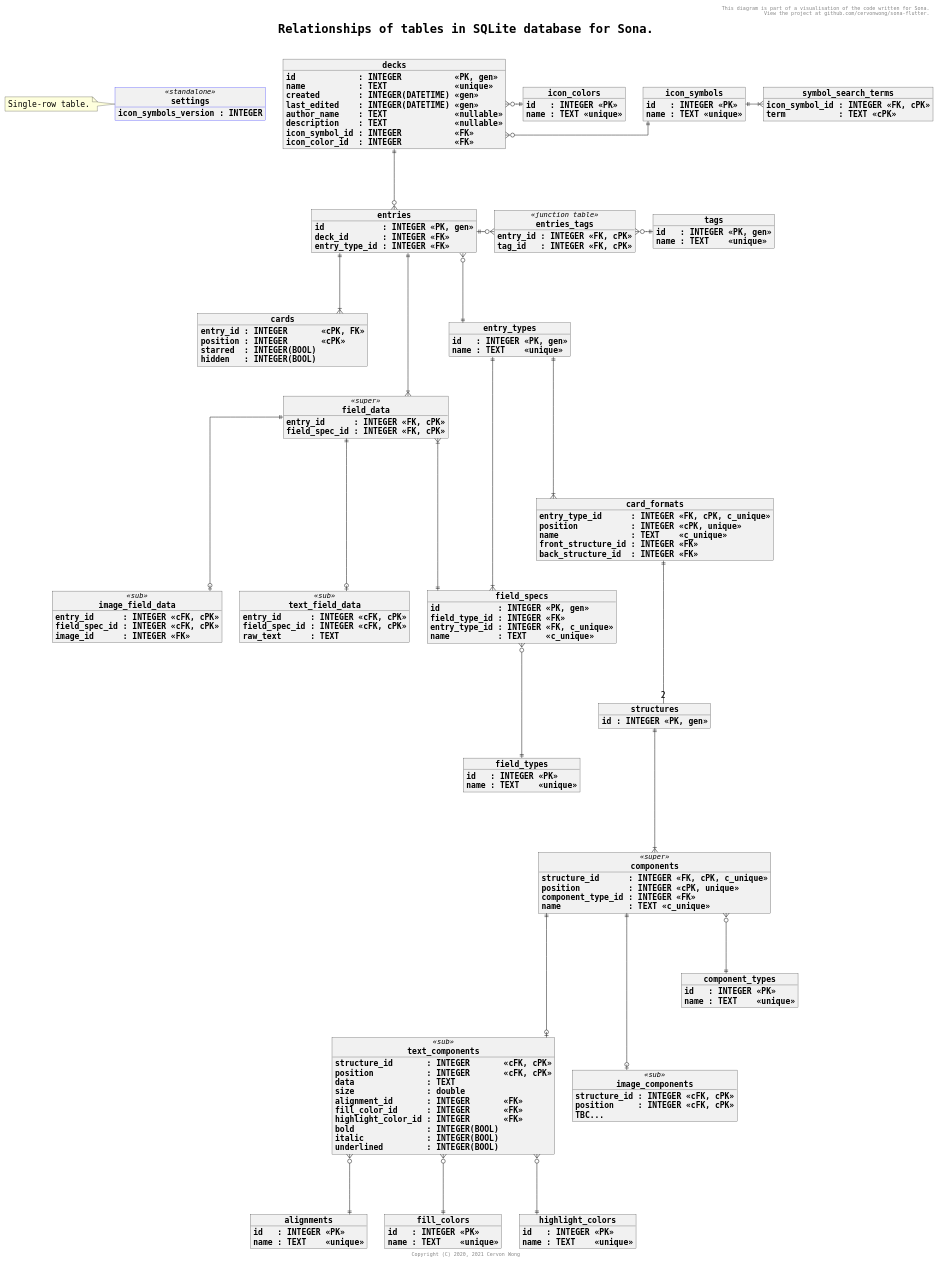
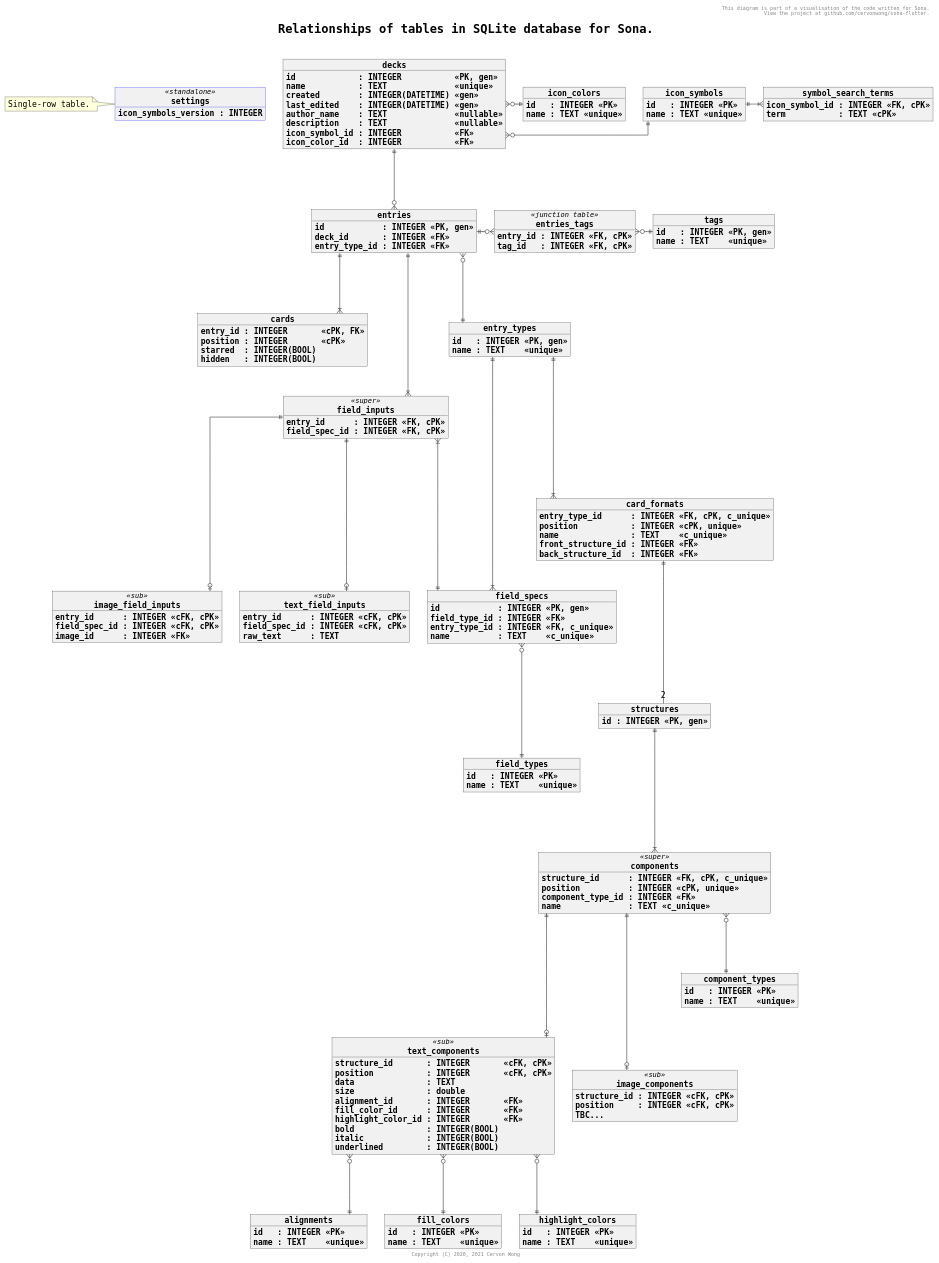
One commit to cervonwong/sona-flutter changed the diagram in docs/puml/material_database.puml. Above: the diagram before and after it, drawn with PlantUML. The commit also changed 1 other file, not shown here.

Commit message:
Docs(puml): Rename all occurrences of `field_data` to `field_inputs`

```diff
--- a/docs/puml/material_database.puml
+++ b/docs/puml/material_database.puml
@@ -1,192 +1,192 @@
 @startuml
 
 skinparam wrapWidth 1000
 skinparam defaultFontName Monospaced
 skinparam defaultFontSize 16
 skinparam objectStereotypeFontSize 14
 skinparam titleFontSize 24
 skinparam titleFontStyle bold
 skinparam objectFontStyle bold
 skinparam objectBorderColor<<standalone>> blue
 skinparam linetype ortho
 skinparam shadowing false
 
 header This diagram is part of a visualisation of the code written for Sona.\n View the project at github.com/cervonwong/sona-flutter.
 title Relationships of tables in SQLite database for Sona.\n
 footer Copyright (C) 2020, 2021 Cervon Wong
 
 object settings <<standalone>> {
     icon_symbols_version : INTEGER
 }
 
 note left of settings
     Single-row table.
 endnote
 
 object decks {
 	id             : INTEGER           <<PK, gen>>
 	name           : TEXT              <<unique>>
 	created        : INTEGER(DATETIME) <<gen>>
 	last_edited    : INTEGER(DATETIME) <<gen>>
 	author_name    : TEXT              <<nullable>>
 	description    : TEXT              <<nullable>>
 	icon_symbol_id : INTEGER           <<FK>>
 	icon_color_id  : INTEGER           <<FK>>
 }
 
 object icon_symbols {
 	id   : INTEGER <<PK>>
 	name : TEXT <<unique>>
 }
 
 object icon_colors {
 	id   : INTEGER <<PK>>
 	name : TEXT <<unique>>
 }
 
 object symbol_search_terms {
 	icon_symbol_id : INTEGER <<FK, cPK>>
 	term           : TEXT <<cPK>>
 }
 
 object entries {
 	id            : INTEGER <<PK, gen>>
 	deck_id       : INTEGER <<FK>>
 	entry_type_id : INTEGER <<FK>>
 }
 
 object cards {
 	entry_id : INTEGER       <<cPK, FK>>
 	position : INTEGER       <<cPK>>
 	starred  : INTEGER(BOOL)
 	hidden   : INTEGER(BOOL)
 }
 
 object tags {
 	id   : INTEGER <<PK, gen>>
 	name : TEXT    <<unique>>
 }
 
 object entries_tags <<junction table>> {
 	entry_id : INTEGER <<FK, cPK>>
 	tag_id   : INTEGER <<FK, cPK>>
 }
 
 object field_specs {
 	id            : INTEGER <<PK, gen>>
 	field_type_id : INTEGER <<FK>>
 	entry_type_id : INTEGER <<FK, c_unique>>
 	name          : TEXT    <<c_unique>>
 }
 
 object field_types {
 	id   : INTEGER <<PK>>
 	name : TEXT    <<unique>>
 }
 
-object field_data <<super>> {
+object field_inputs <<super>> {
 	entry_id      : INTEGER <<FK, cPK>>
     field_spec_id : INTEGER <<FK, cPK>>
     ' Get field_type_id from field_specs table.
 }
 
-object text_field_data <<sub>> {
+object text_field_inputs <<sub>> {
 	entry_id      : INTEGER <<cFK, cPK>>
     field_spec_id : INTEGER <<cFK, cPK>>
 	raw_text      : TEXT
 }
 
-object image_field_data <<sub>> {
+object image_field_inputs <<sub>> {
 	entry_id      : INTEGER <<cFK, cPK>>
     field_spec_id : INTEGER <<cFK, cPK>>
 	image_id      : INTEGER <<FK>>
 }
 
 object entry_types {
 	id   : INTEGER <<PK, gen>>
 	name : TEXT    <<unique>>
 }
 
 object card_formats {
 	entry_type_id      : INTEGER <<FK, cPK, c_unique>>
 	position           : INTEGER <<cPK, unique>>
 	name               : TEXT    <<c_unique>>
 	front_structure_id : INTEGER <<FK>>
 	back_structure_id  : INTEGER <<FK>>
 }
 
 object structures {
 	id : INTEGER <<PK, gen>>
 }
 
 object components <<super>> {
 	structure_id      : INTEGER <<FK, cPK, c_unique>>
 	position          : INTEGER <<cPK, unique>>
 	component_type_id : INTEGER <<FK>>
 	name              : TEXT <<c_unique>>
 }
 
 object text_components <<sub>> {
 	structure_id       : INTEGER       <<cFK, cPK>>
 	position           : INTEGER       <<cFK, cPK>>
 	data               : TEXT
 	size               : double
 	alignment_id       : INTEGER       <<FK>>
 	fill_color_id      : INTEGER       <<FK>>
 	highlight_color_id : INTEGER       <<FK>>
 	bold               : INTEGER(BOOL)
 	italic             : INTEGER(BOOL)
 	underlined         : INTEGER(BOOL)
 }
 
 object alignments {
 	id   : INTEGER <<PK>>
 	name : TEXT    <<unique>>
 }
 
 object fill_colors {
 	id   : INTEGER <<PK>>
 	name : TEXT    <<unique>>
 }
 
 object highlight_colors {
 	id   : INTEGER <<PK>>
 	name : TEXT    <<unique>>
 }
 
 object image_components <<sub>> {
 	structure_id : INTEGER <<cFK, cPK>>
     position     : INTEGER <<cFK, cPK>>
     TBC...
 }
 
 object component_types {
 	id   : INTEGER <<PK>>
 	name : TEXT    <<unique>>
 }
 
 decks             }o-||      icon_symbols
 decks             }o-||      icon_colors
 icon_symbols      ||-|{      symbol_search_terms
 decks             ||---o{    entries
 entries           ||---|{    cards
 entries           ||-o{      entries_tags
 entries_tags      }o-||      tags
 field_specs       }o----||   field_types
-field_data        ||----o|   text_field_data
-field_data        ||----o|   image_field_data
-field_data        }|----||   field_specs
-entries           ||----|{   field_data
+field_inputs      ||----o|   text_field_inputs
+field_inputs      ||----o|   image_field_inputs
+field_inputs      }|----||   field_specs
+entries           ||----|{   field_inputs
 entries           }o---||    entry_types
 entry_types       ||----|{   field_specs
 entry_types       ||----|{   card_formats
 card_formats      ||---- "2" structures
 structures        ||----|{   components
 components        }o---||    component_types
 components        ||----o|   text_components
 components        ||----o|   image_components
 text_components   }o---||    alignments
 text_components   }o---||    fill_colors
 text_components   }o---||    highlight_colors
 
 @enduml
```
